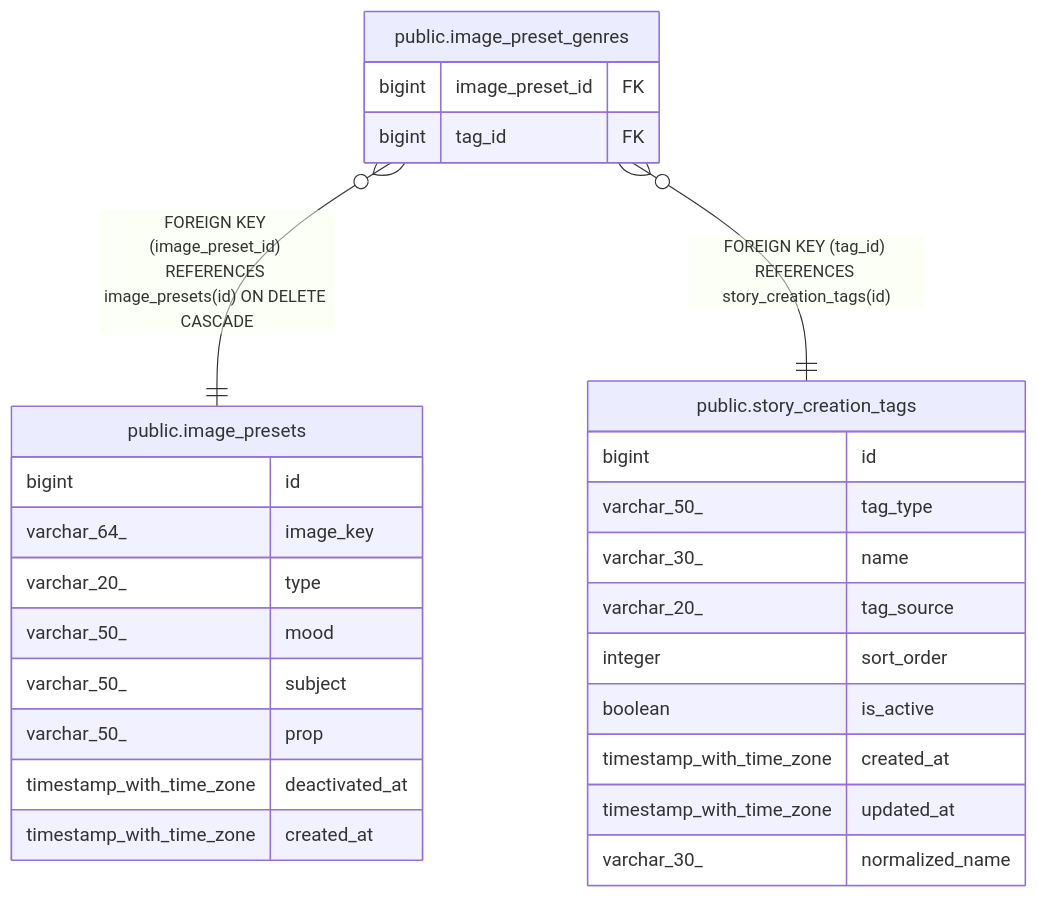
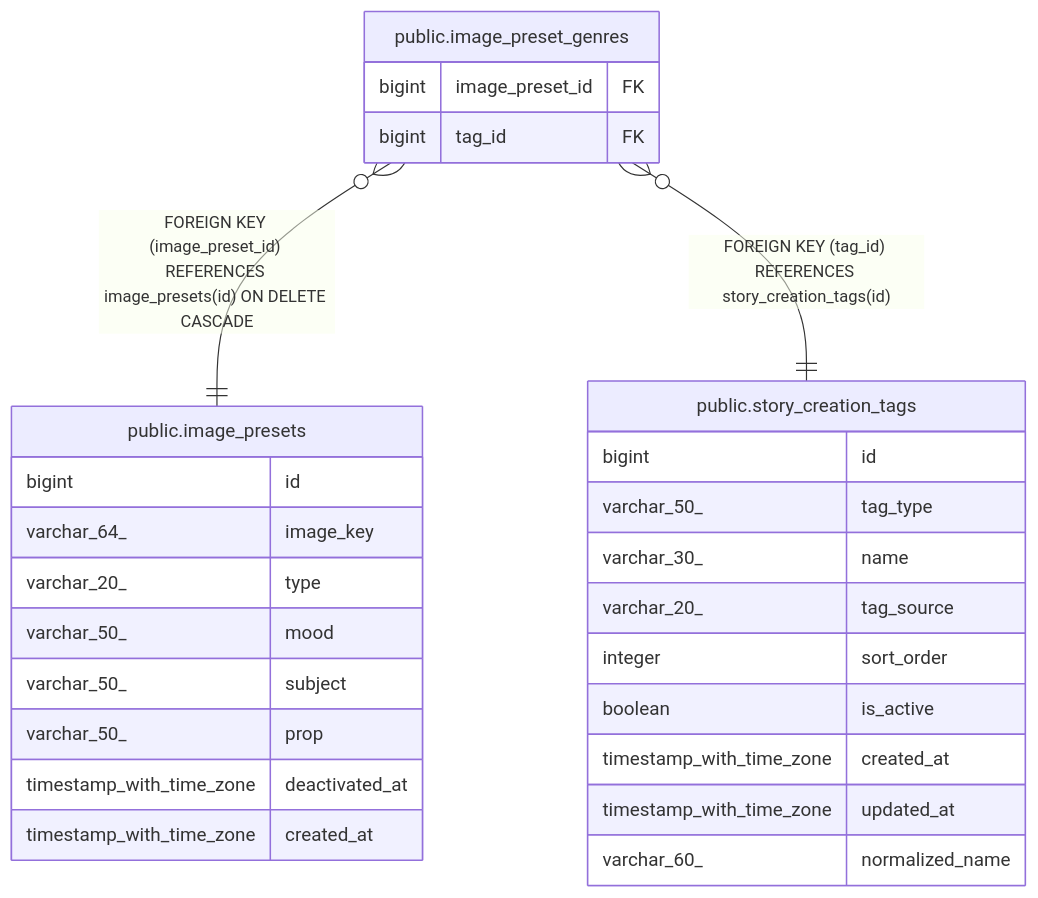
The diagram in dbdoc/public.image_preset_genres.md (KIM-N-KANG/manyak-server), drawn with Mermaid before and after one commit. The commit also changed 6 other files, not shown here.

````diff
--- a/dbdoc/public.image_preset_genres.md
+++ b/dbdoc/public.image_preset_genres.md
@@ -27,32 +27,32 @@
 ```mermaid
 erDiagram
 
 "public.image_preset_genres" }o--|| "public.image_presets" : "FOREIGN KEY (image_preset_id) REFERENCES image_presets(id) ON DELETE CASCADE"
 "public.image_preset_genres" }o--|| "public.story_creation_tags" : "FOREIGN KEY (tag_id) REFERENCES story_creation_tags(id)"
 
 "public.image_preset_genres" {
   bigint image_preset_id FK
   bigint tag_id FK
 }
 "public.image_presets" {
   bigint id
   varchar_64_ image_key
   varchar_20_ type
   varchar_50_ mood
   varchar_50_ subject
   varchar_50_ prop
   timestamp_with_time_zone deactivated_at
   timestamp_with_time_zone created_at
 }
 "public.story_creation_tags" {
   bigint id
   varchar_50_ tag_type
   varchar_30_ name
   varchar_20_ tag_source
   integer sort_order
   boolean is_active
   timestamp_with_time_zone created_at
   timestamp_with_time_zone updated_at
-  varchar_30_ normalized_name
+  varchar_60_ normalized_name
 }
 ```
````
